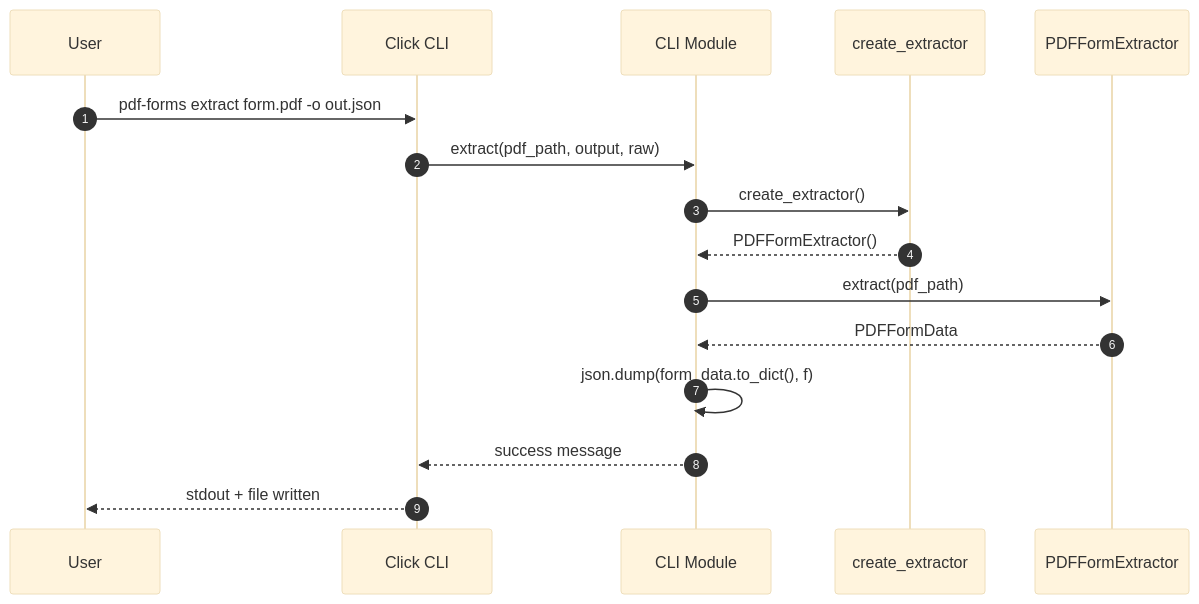
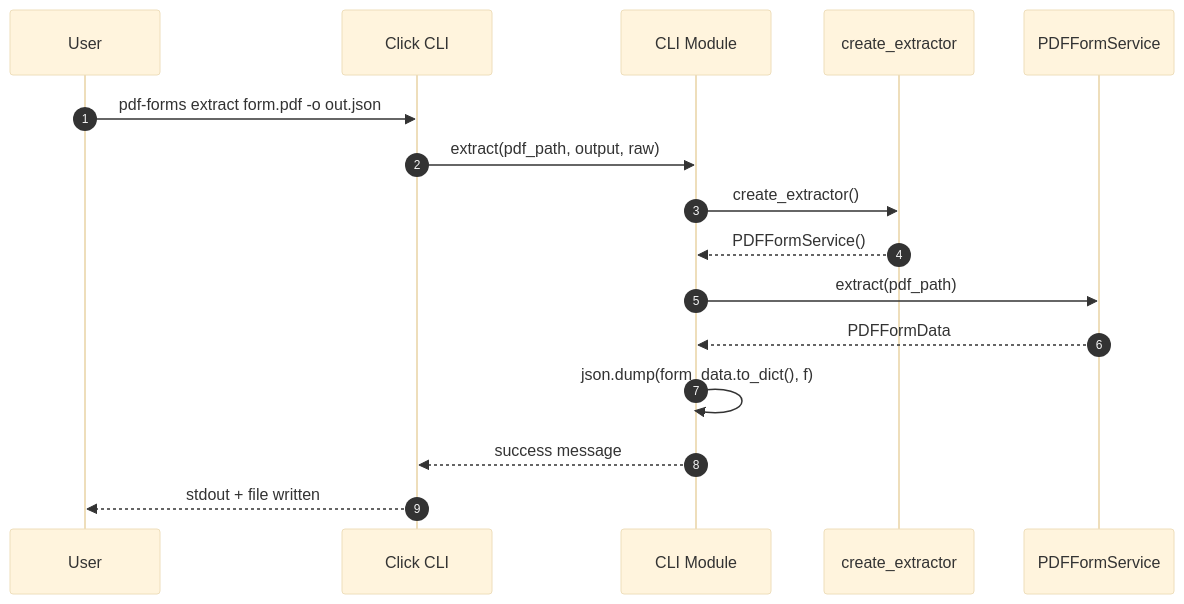
One commit to zopyx/privacyforms.pdf changed the diagram in docs/diagrams/sequence-cli.mmd. Above: the diagram before and after it, drawn with Mermaid (base theme). The commit also changed 24 other files, not shown here.

First line of the commit message:
refactor!: rename PDFFormExtractor to PDFFormService and add atomic writes

```diff
--- a/docs/diagrams/sequence-cli.mmd
+++ b/docs/diagrams/sequence-cli.mmd
@@ -1,17 +1,17 @@
 sequenceDiagram
     autonumber
     participant U as User
     participant Cl as Click CLI
     participant C as CLI Module
     participant Ex as create_extractor
-    participant E as PDFFormExtractor
+    participant E as PDFFormService
 
     U->>Cl: pdf-forms extract form.pdf -o out.json
     Cl->>C: extract(pdf_path, output, raw)
     C->>Ex: create_extractor()
-    Ex-->>C: PDFFormExtractor()
+    Ex-->>C: PDFFormService()
     C->>E: extract(pdf_path)
     E-->>C: PDFFormData
     C->>C: json.dump(form_data.to_dict(), f)
     C-->>Cl: success message
     Cl-->>U: stdout + file written
```
